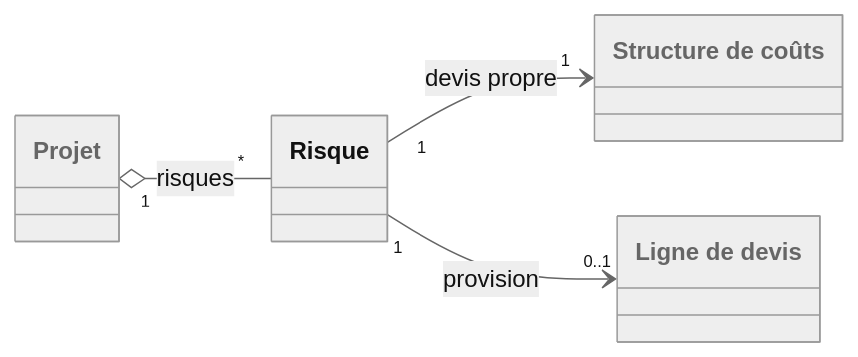
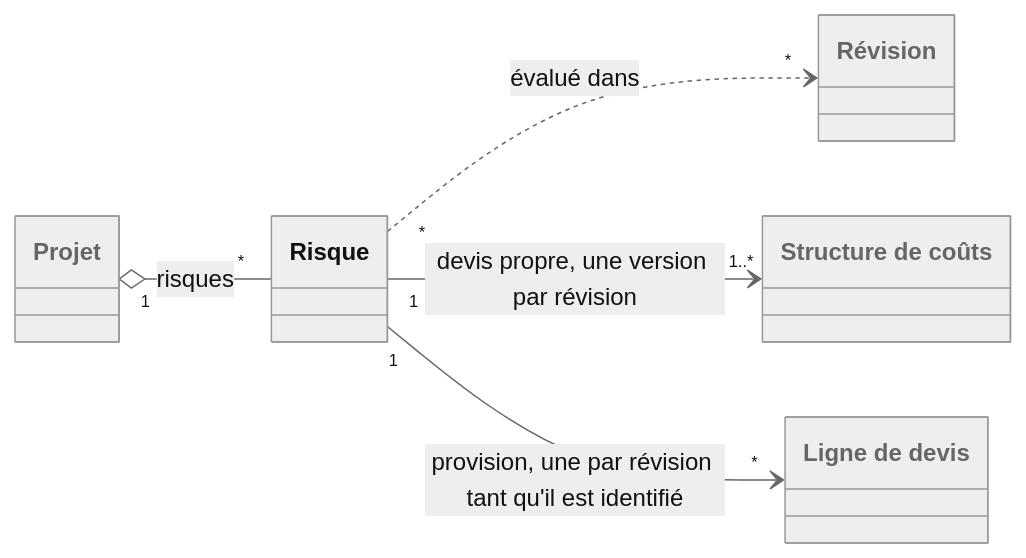
Before and after one commit to waterfall-project/wf-project: the diagram in docs/spec/figures/modele-risques.mmd, drawn with Mermaid (neutral theme). The commit also changed 6 other files, not shown here.

```diff
--- a/docs/spec/figures/modele-risques.mmd
+++ b/docs/spec/figures/modele-risques.mmd
@@ -1,14 +1,17 @@
 classDiagram
     direction LR
     class Projet["Projet"]
     class Risque["Risque"]
+    class Revision["Révision"]
     class Structure["Structure de coûts"]
     class LigneDevis["Ligne de devis"]
 
     Projet "1" o-- "*" Risque : risques
-    Risque "1" --> "1" Structure : devis propre
-    Risque "1" --> "0..1" LigneDevis : provision
+    Risque "*" ..> "*" Revision : évalué dans
+    Risque "1" --> "1..*" Structure : devis propre, une version par révision
+    Risque "1" --> "*" LigneDevis : provision, une par révision tant qu'il est identifié
 
     style Projet fill:#eeeeee,stroke:#999999,color:#666666
+    style Revision fill:#eeeeee,stroke:#999999,color:#666666
     style Structure fill:#eeeeee,stroke:#999999,color:#666666
     style LigneDevis fill:#eeeeee,stroke:#999999,color:#666666
```
